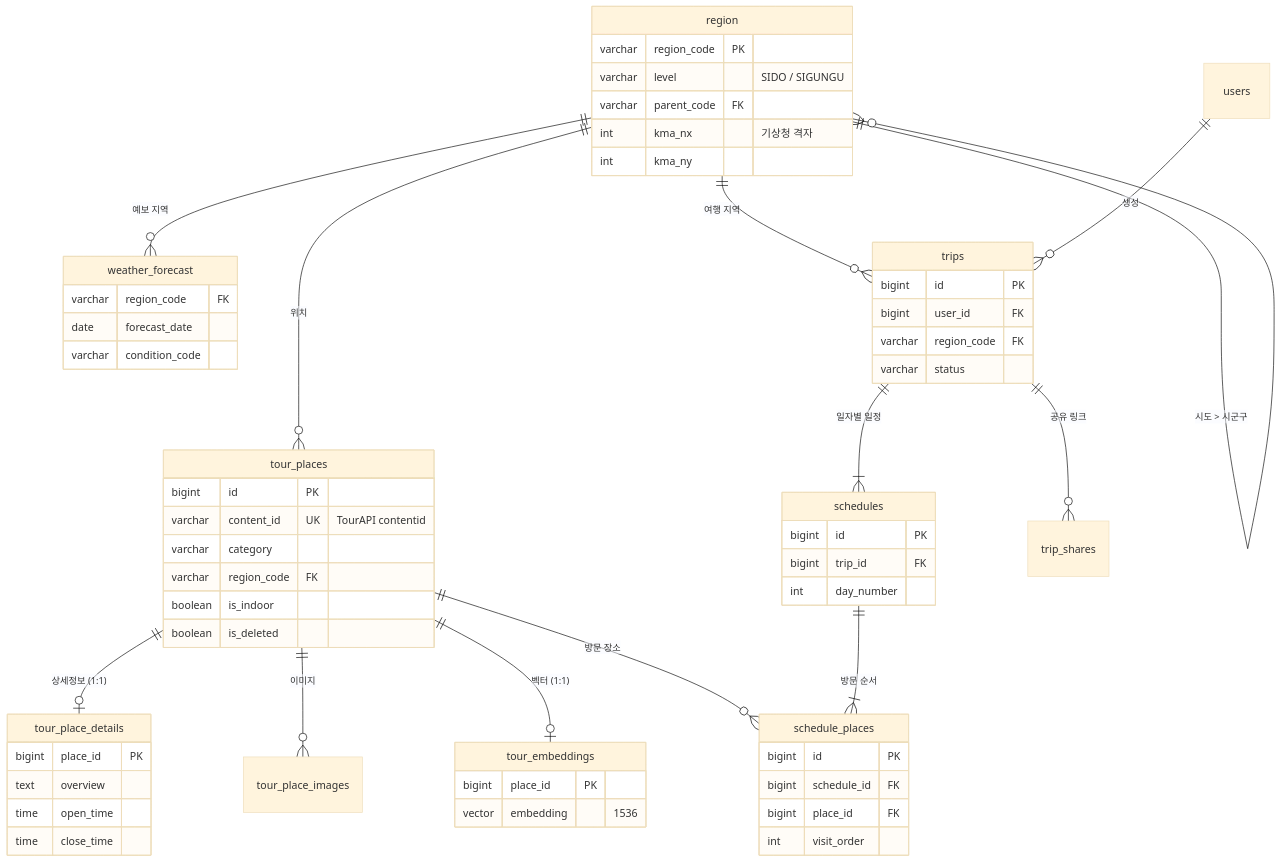
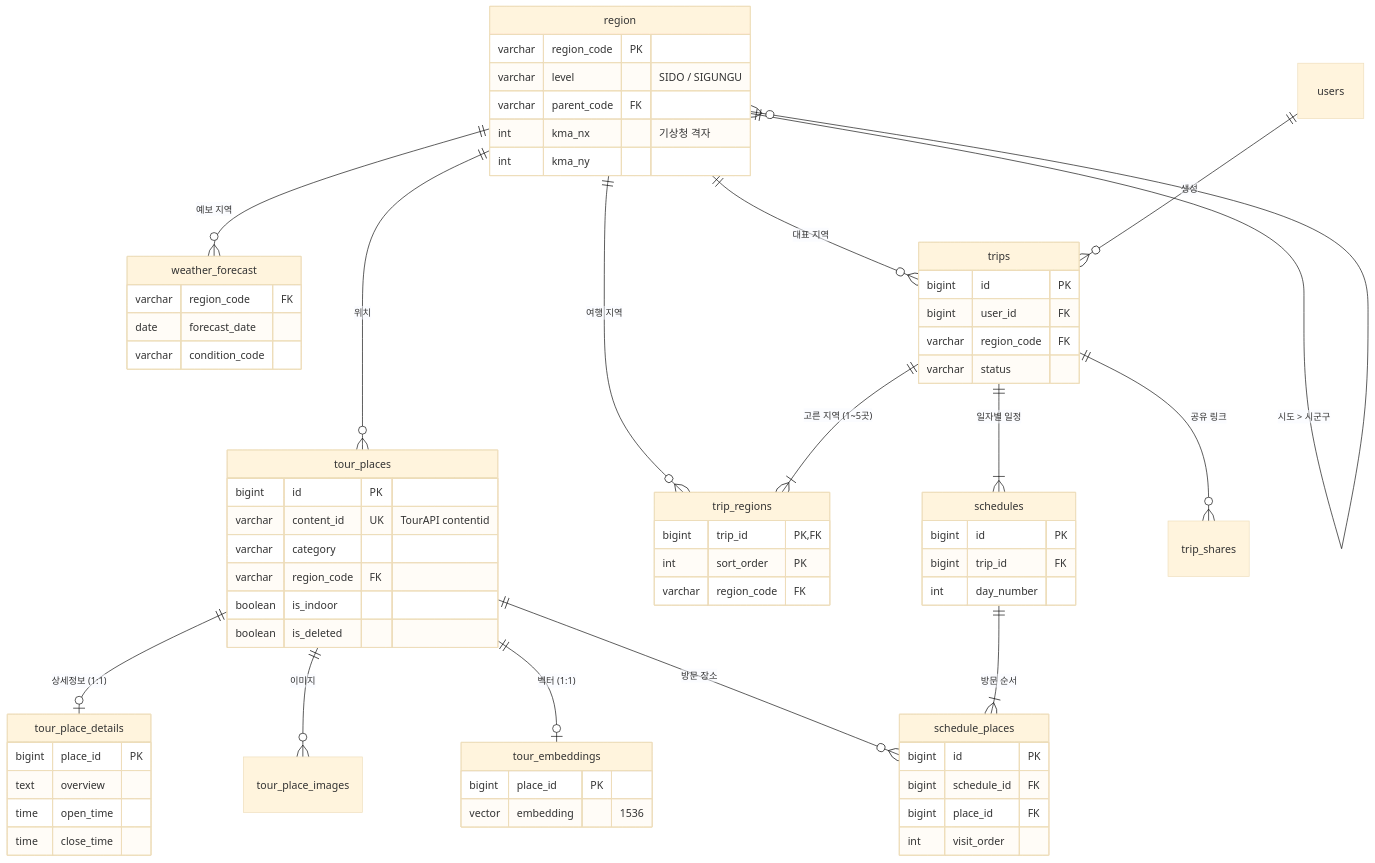
One commit to Class4072/Mini_Project_1 changed the diagram in TP_DOCS/database/DATABASE.md. Above: the diagram before and after it, drawn with Mermaid (base theme). The commit also changed other lines of this file and 18 other files, not shown here.

First line of the commit message:
feat(be): 일정 생성에서 지역 여러 개 받기 (trip_regions V2), API·DB 명세 갱신

````diff
--- a/TP_DOCS/database/DATABASE.md
+++ b/TP_DOCS/database/DATABASE.md
@@ -26,65 +26,72 @@
 ```mermaid
 erDiagram
     region ||--o{ region : "시도 > 시군구"
     region ||--o{ tour_places : "위치"
     region ||--o{ weather_forecast : "예보 지역"
-    region ||--o{ trips : "여행 지역"
+    region ||--o{ trips : "대표 지역"
+    region ||--o{ trip_regions : "여행 지역"
 
     tour_places ||--o| tour_place_details : "상세정보 (1:1)"
     tour_places ||--o{ tour_place_images : "이미지"
     tour_places ||--o| tour_embeddings : "벡터 (1:1)"
     tour_places ||--o{ schedule_places : "방문 장소"
 
     users ||--o{ trips : "생성"
     trips ||--|{ schedules : "일자별 일정"
     schedules ||--|{ schedule_places : "방문 순서"
     trips ||--o{ trip_shares : "공유 링크"
+    trips ||--|{ trip_regions : "고른 지역 (1~5곳)"
 
     region {
         varchar region_code PK
         varchar level "SIDO / SIGUNGU"
         varchar parent_code FK
         int kma_nx "기상청 격자"
         int kma_ny
     }
     tour_places {
         bigint id PK
         varchar content_id UK "TourAPI contentid"
         varchar category
         varchar region_code FK
         boolean is_indoor
         boolean is_deleted
     }
     tour_place_details {
         bigint place_id PK
         text overview
         time open_time
         time close_time
     }
     tour_embeddings {
         bigint place_id PK
         vector embedding "1536"
     }
     weather_forecast {
         varchar region_code FK
         date forecast_date
         varchar condition_code
     }
     trips {
         bigint id PK
         bigint user_id FK
         varchar region_code FK
         varchar status
     }
     schedules {
         bigint id PK
         bigint trip_id FK
         int day_number
     }
     schedule_places {
         bigint id PK
         bigint schedule_id FK
         bigint place_id FK
         int visit_order
     }
+    trip_regions {
+        bigint trip_id PK,FK
+        int sort_order PK
+        varchar region_code FK
+    }
 ```
````
